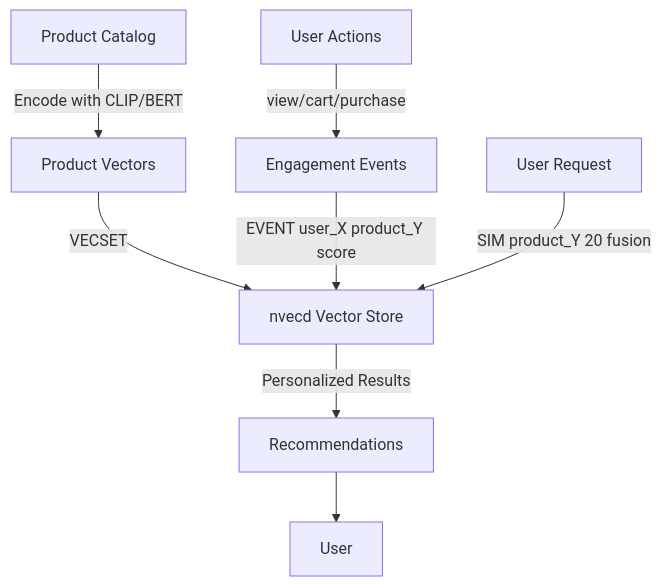
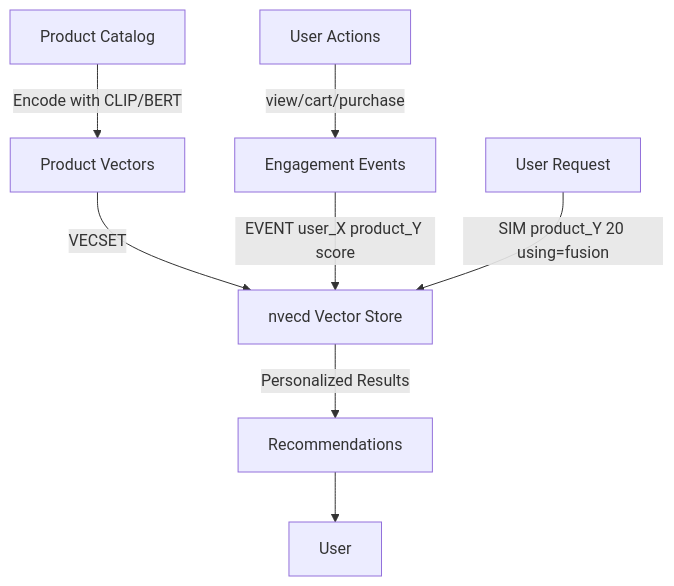
The third of 5 diagrams in docs/en/use-cases.md (libraz/nvecd), drawn with Mermaid before and after one commit. The commit also changed other lines of this file and 50 other files, not shown here.

````diff
--- a/docs/en/use-cases.md
+++ b/docs/en/use-cases.md
@@ -242,12 +242,12 @@
 ```mermaid
 graph TB
     A[Product Catalog] -->|Encode with CLIP/BERT| B[Product Vectors]
     B -->|VECSET| C[nvecd Vector Store]
 
     D[User Actions] -->|view/cart/purchase| E[Engagement Events]
     E -->|EVENT user_X product_Y score| C
 
-    F[User Request] -->|SIM product_Y 20 fusion| C
+    F[User Request] -->|SIM product_Y 20 using=fusion| C
     C -->|Personalized Results| G[Recommendations]
     G --> H[User]
 ```
````
